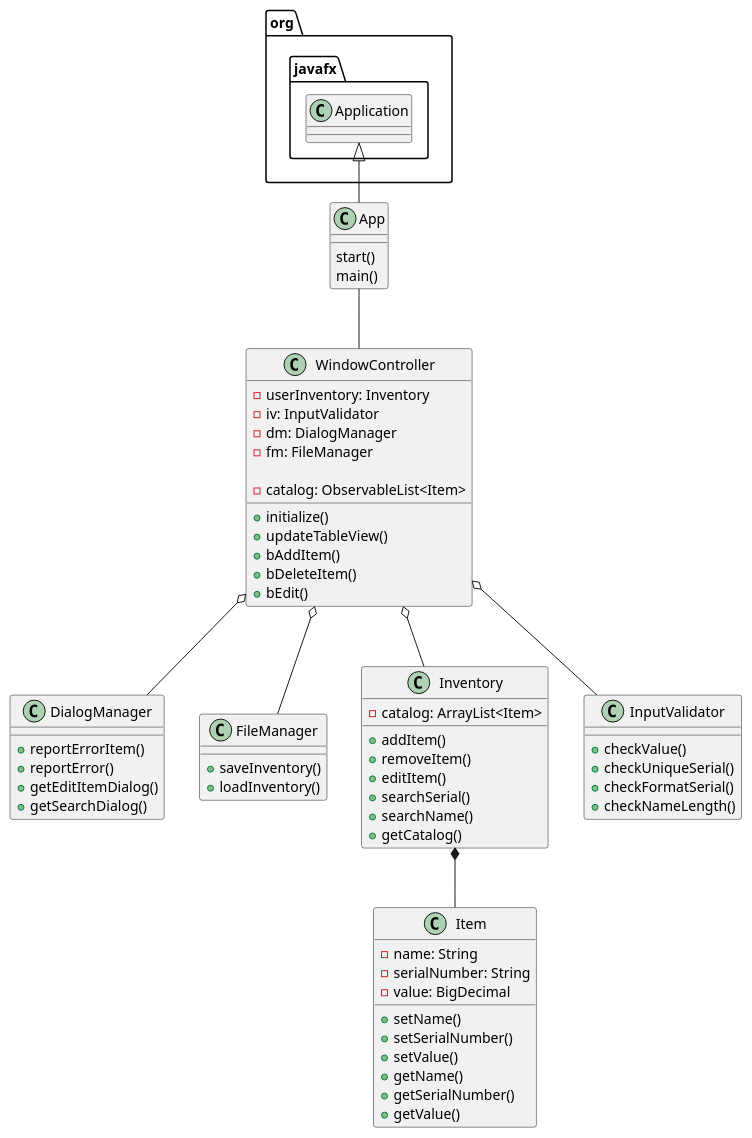
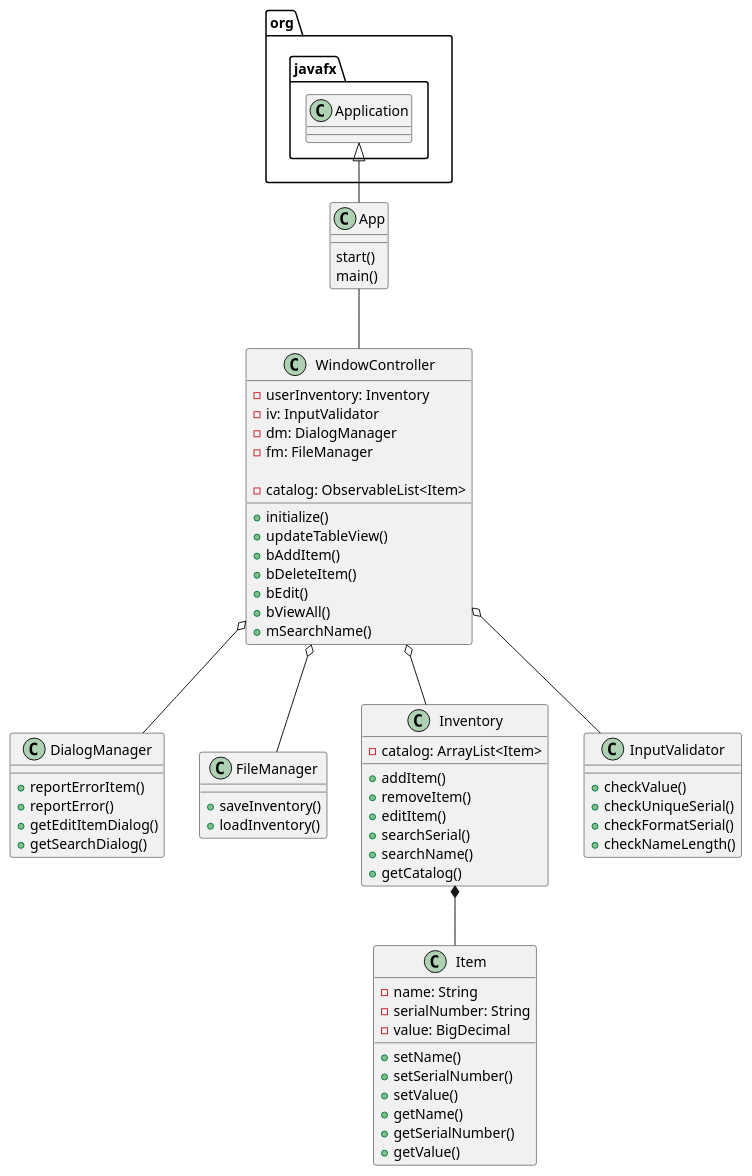
Before and after one commit to kingraham228/Ingraham-7945-a5: the diagram in uml/Inventory.puml, drawn with PlantUML. The commit also changed 2 other files, not shown here.

Commit message:
Developing search result view.

```diff
--- a/uml/Inventory.puml
+++ b/uml/Inventory.puml
@@ -1,72 +1,74 @@
 @startuml
 class App{
 start()
 main()
 }
 
 class WindowController{
 - userInventory: Inventory
 - iv: InputValidator
 - dm: DialogManager
 - fm: FileManager
 
 - catalog: ObservableList<Item>
 
 +initialize()
 +updateTableView()
 +bAddItem()
 +bDeleteItem()
 +bEdit()
++bViewAll()
++mSearchName()
 }
 
 class DialogManager{
 +reportErrorItem()
 +reportError()
 +getEditItemDialog()
 +getSearchDialog()
 }
 
 class FileManager{
 +saveInventory()
 +loadInventory()
 }
 
 class Inventory{
 - catalog: ArrayList<Item>
 
 +addItem()
 +removeItem()
 +editItem()
 +searchSerial()
 +searchName()
 +getCatalog()
 }
 
 class Item{
 -name: String
 -serialNumber: String
 -value: BigDecimal
 
 +setName()
 +setSerialNumber()
 +setValue()
 +getName()
 +getSerialNumber()
 +getValue()
 }
 
 class InputValidator{
 + checkValue()
 + checkUniqueSerial()
 + checkFormatSerial()
 + checkNameLength()
 }
 
 org.javafx.Application <|-- App
 App -- WindowController
 WindowController o-- DialogManager
 WindowController o-- FileManager
 WindowController o-- Inventory
 Inventory *-- Item
 WindowController o-- InputValidator
 @enduml
```
